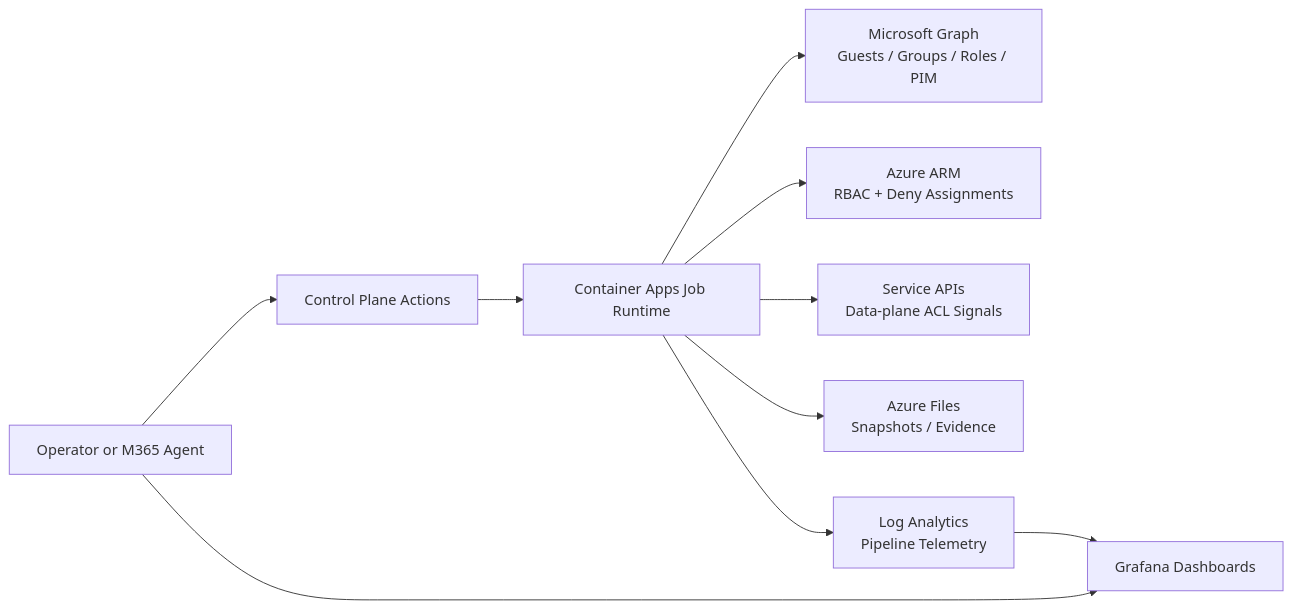
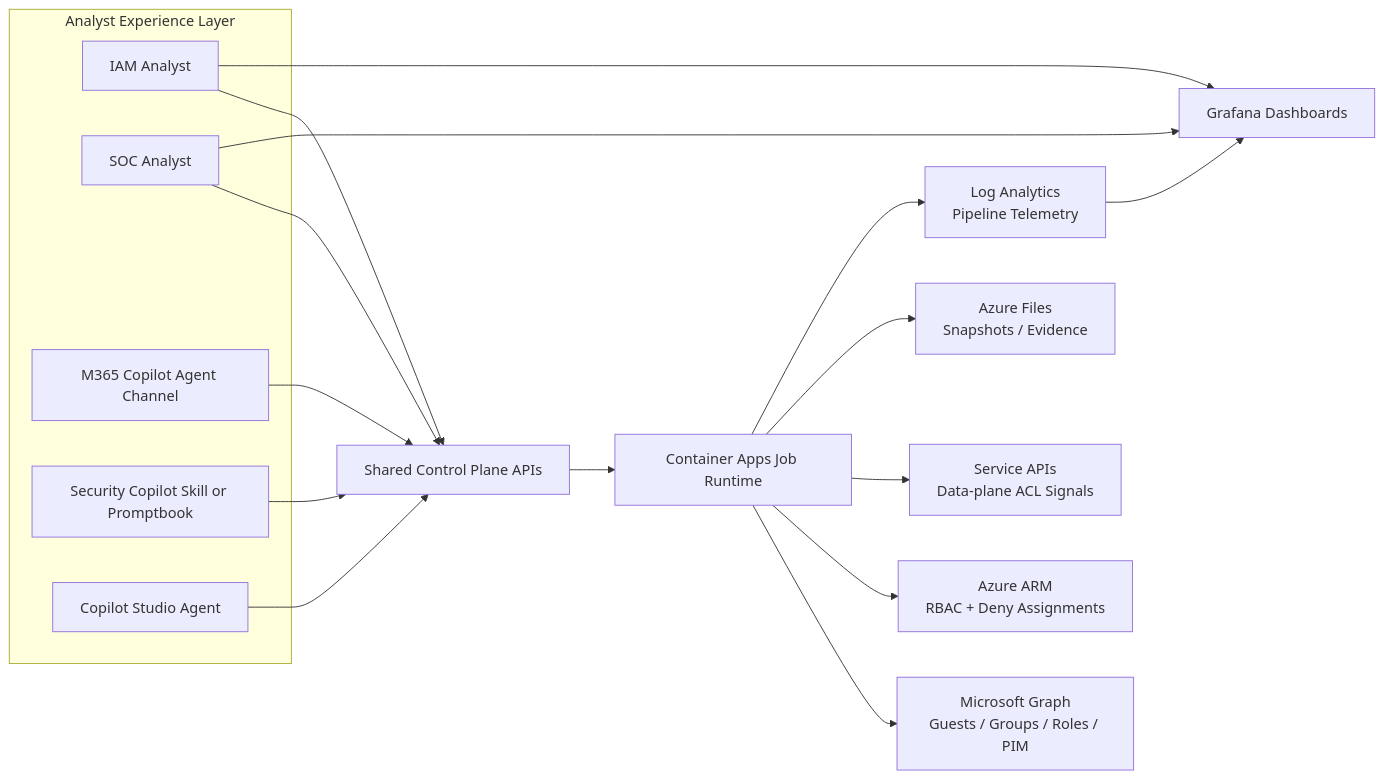
Before and after one commit to samitks77/dev-agents-solutions: the diagram in README.md, drawn with Mermaid. The commit also changed other lines of this file and 1 other file, not shown here.

Commit message:
Update architecture to include Security Copilot and Copilot Studio agent surfaces

````diff
--- a/README.md
+++ b/README.md
@@ -41,15 +41,38 @@
 ```mermaid
 flowchart LR
-  A[Operator or M365 Agent] --> B[Control Plane Actions]
-  B --> C[Container Apps Job Runtime]
+  subgraph X[Analyst Experience Layer]
+    IAM[IAM Analyst]
+    SOC[SOC Analyst]
+    M365[M365 Copilot Agent Channel]
+    SC[Security Copilot Skill or Promptbook]
+    CSTUDIO[Copilot Studio Agent]
+  end
 
-  C --> D[Microsoft Graph\nGuests / Groups / Roles / PIM]
-  C --> E[Azure ARM\nRBAC + Deny Assignments]
-  C --> F[Service APIs\nData-plane ACL Signals]
+  CP[Shared Control Plane APIs]
+  RT[Container Apps Job Runtime]
 
-  C --> G[Azure Files\nSnapshots / Evidence]
-  C --> H[Log Analytics\nPipeline Telemetry]
+  G[Microsoft Graph\nGuests / Groups / Roles / PIM]
+  A[Azure ARM\nRBAC + Deny Assignments]
+  DP[Service APIs\nData-plane ACL Signals]
 
-  H --> I[Grafana Dashboards]
-  A --> I
+  S[Azure Files\nSnapshots / Evidence]
+  L[Log Analytics\nPipeline Telemetry]
+  D[Grafana Dashboards]
+
+  IAM --> CP
+  SOC --> CP
+  M365 --> CP
+  SC --> CP
+  CSTUDIO --> CP
+
+  CP --> RT
+  RT --> G
+  RT --> A
+  RT --> DP
+
+  RT --> S
+  RT --> L
+  L --> D
+  SOC --> D
+  IAM --> D
 ```
````
